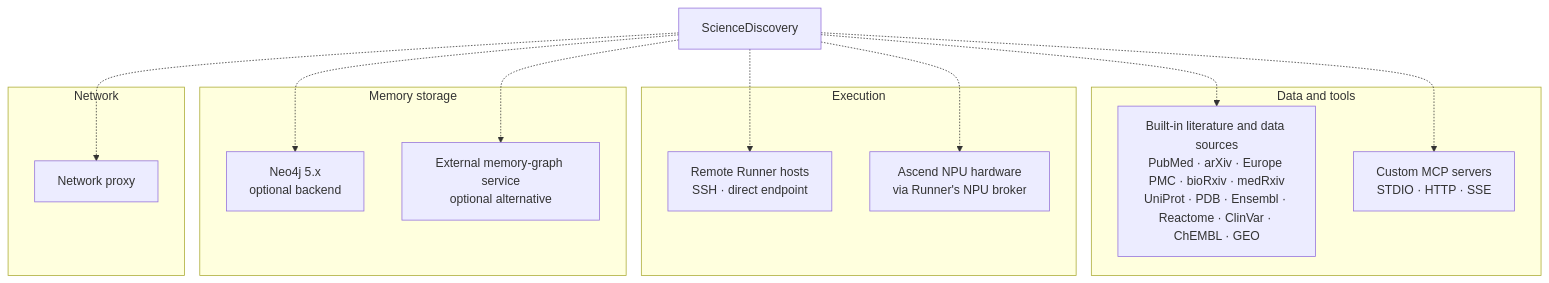
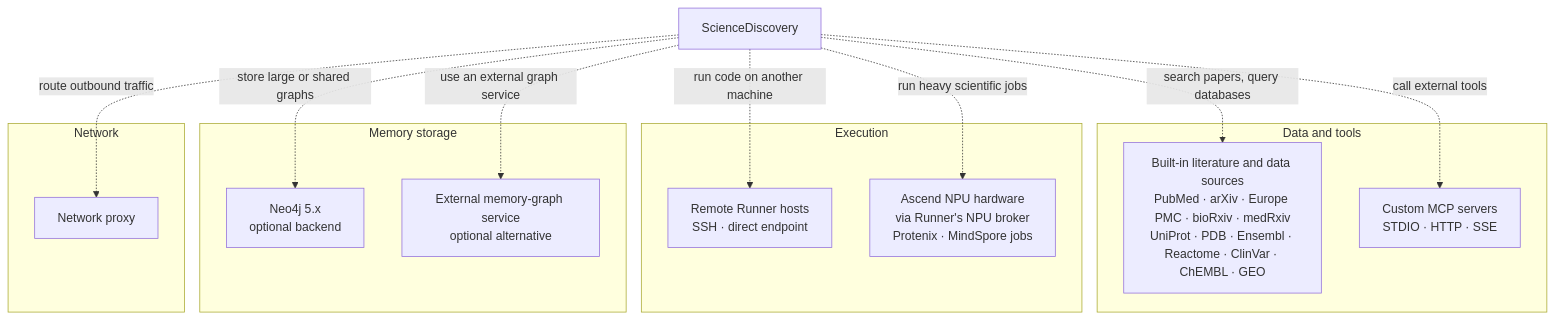
One commit to michaelatamuk/agentic-desk changed the second of 5 diagrams in company/sciencediscovery/overview.md. Above: the diagram before and after it, drawn with Mermaid. The commit also changed other lines of this file, not shown here.

Commit message:
docs(company): label ScienceDiscovery optional extras with use cases

````diff
--- a/company/sciencediscovery/overview.md
+++ b/company/sciencediscovery/overview.md
@@ -74,31 +74,31 @@
 ```mermaid
 flowchart TD
   SD["ScienceDiscovery"]
 
   subgraph DATA["Data and tools"]
     L["Built-in literature and data sources<br/>PubMed · arXiv · Europe PMC · bioRxiv · medRxiv<br/>UniProt · PDB · Ensembl · Reactome · ClinVar · ChEMBL · GEO"]
     M["Custom MCP servers<br/>STDIO · HTTP · SSE"]
   end
 
   subgraph EXEC["Execution"]
     R["Remote Runner hosts<br/>SSH · direct endpoint"]
-    NPU["Ascend NPU hardware<br/>via Runner's NPU broker"]
+    NPU["Ascend NPU hardware<br/>via Runner's NPU broker<br/>Protenix · MindSpore jobs"]
   end
 
   subgraph MEM["Memory storage"]
     NEO["Neo4j 5.x<br/>optional backend"]
     EXT["External memory-graph service<br/>optional alternative"]
   end
 
   subgraph NET["Network"]
     P["Network proxy"]
   end
 
-  SD -.-> L
-  SD -.-> M
-  SD -.-> R
-  SD -.-> NPU
-  SD -.-> NEO
-  SD -.-> EXT
-  SD -.-> P
+  SD -.->|"search papers, query databases"| L
+  SD -.->|"call external tools"| M
+  SD -.->|"run code on another machine"| R
+  SD -.->|"run heavy scientific jobs"| NPU
+  SD -.->|"store large or shared graphs"| NEO
+  SD -.->|"use an external graph service"| EXT
+  SD -.->|"route outbound traffic"| P
 ```
````
